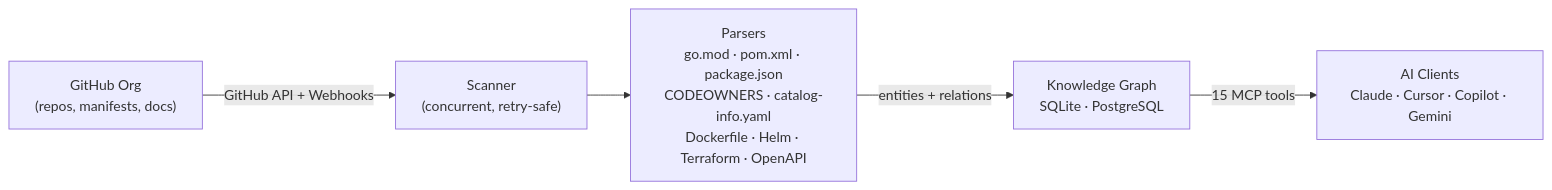
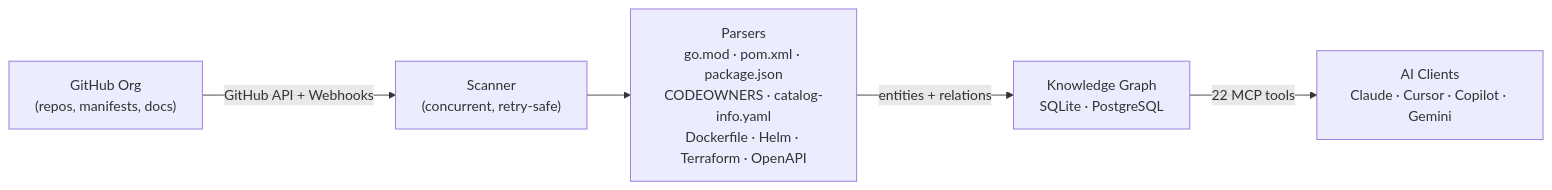
The diagram in README.md (doc-scout/mcp-server), drawn with Mermaid before and after one commit. The commit also changed other lines of this file, not shown here.

````diff
--- a/README.md
+++ b/README.md
@@ -29,13 +29,13 @@
 ```mermaid
 graph LR
     GH["GitHub Org\n(repos, manifests, docs)"]
     S["Scanner\n(concurrent, retry-safe)"]
     P["Parsers\ngo.mod · pom.xml · package.json\nCODEOWNERS · catalog-info.yaml\nDockerfile · Helm · Terraform · OpenAPI"]
     G["Knowledge Graph\nSQLite · PostgreSQL"]
     AI["AI Clients\nClaude · Cursor · Copilot · Gemini"]
 
     GH -->|"GitHub API + Webhooks"| S
     S --> P
     P -->|"entities + relations"| G
-    G -->|"15 MCP tools"| AI
+    G -->|"22 MCP tools"| AI
 ```
````
